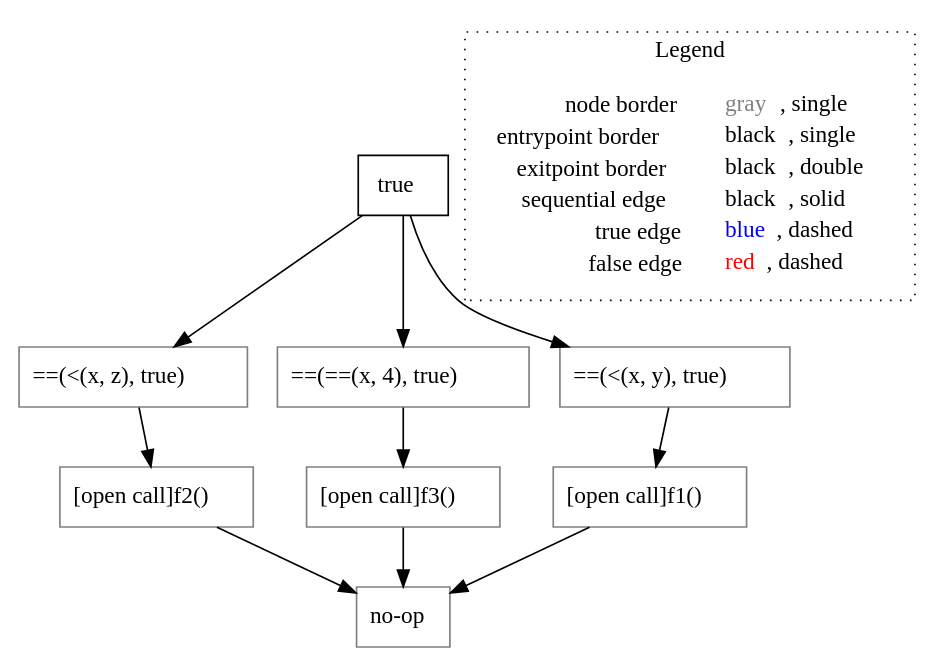
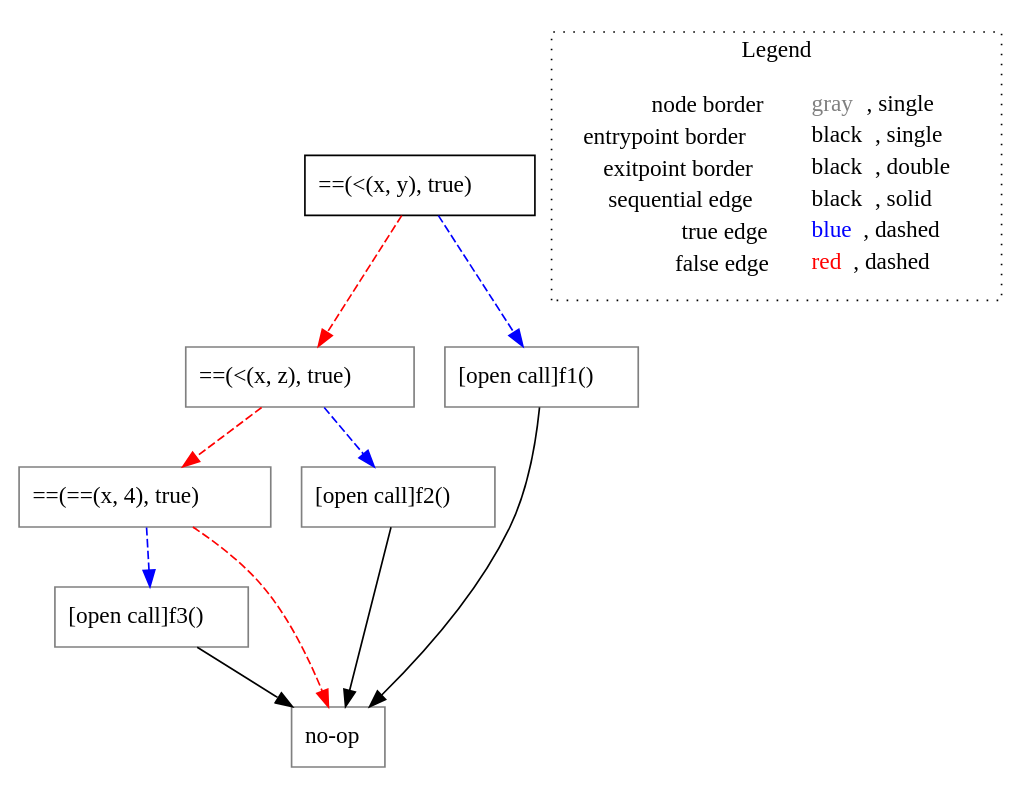
Before and after one commit to lisa-analyzer/go-lisa: the diagram in go-lisa/test-outputs/switch/untyped_noGuard().dot, drawn with Graphviz. The commit also changed 7 other files, not shown here.

```diff
--- a/go-lisa/test-outputs/switch/untyped_noGuard().dot
+++ b/go-lisa/test-outputs/switch/untyped_noGuard().dot
@@ -1,26 +1,25 @@
 digraph {
-	"node0" [shape="rect",color="black",label=<true>];
+	"node0" [shape="rect",color="black",label=<==(&lt;(x, y), true)>];
 	"node1" [shape="rect",color="gray",label=<==(&lt;(x, z), true)>];
 	"node2" [shape="rect",color="gray",label=<==(==(x, 4), true)>];
 	"node3" [shape="rect",color="gray",label=<[open call]f3()>];
 	"node4" [shape="rect",color="gray",label=<no-op>];
 	"node5" [shape="rect",color="gray",label=<[open call]f2()>];
-	"node6" [shape="rect",color="gray",label=<==(&lt;(x, y), true)>];
-	"node7" [shape="rect",color="gray",label=<[open call]f1()>];
-	"node1" -> "node5" [color="black"];
-	"node2" -> "node3" [color="black"];
-	"node0" -> "node1" [color="black"];
-	"node0" -> "node2" [color="black"];
-	"node0" -> "node6" [color="black"];
+	"node6" [shape="rect",color="gray",label=<[open call]f1()>];
+	"node1" -> "node2" [color="red",style="dashed"];
+	"node1" -> "node5" [color="blue",style="dashed"];
+	"node2" -> "node3" [color="blue",style="dashed"];
+	"node2" -> "node4" [color="red",style="dashed"];
+	"node0" -> "node1" [color="red",style="dashed"];
+	"node0" -> "node6" [color="blue",style="dashed"];
 	"node3" -> "node4" [color="black"];
 	"node5" -> "node4" [color="black"];
-	"node6" -> "node7" [color="black"];
-	"node7" -> "node4" [color="black"];
+	"node6" -> "node4" [color="black"];
 subgraph cluster_legend {
 	label="Legend";
 	style=dotted;
 	node [shape=plaintext];
 	"legend" [label=<<table border="0" cellpadding="2" cellspacing="0" cellborder="0"><tr><td align="right">node border&nbsp;</td><td align="left"><font color="gray">gray</font>, single</td></tr><tr><td align="right">entrypoint border&nbsp;</td><td align="left"><font color="black">black</font>, single</td></tr><tr><td align="right">exitpoint border&nbsp;</td><td align="left"><font color="black">black</font>, double</td></tr><tr><td align="right">sequential edge&nbsp;</td><td align="left"><font color="black">black</font>, solid</td></tr><tr><td align="right">true edge&nbsp;</td><td align="left"><font color="blue">blue</font>, dashed</td></tr><tr><td align="right">false edge&nbsp;</td><td align="left"><font color="red">red</font>, dashed</td></tr></table>>];
 }
 
 }
```
